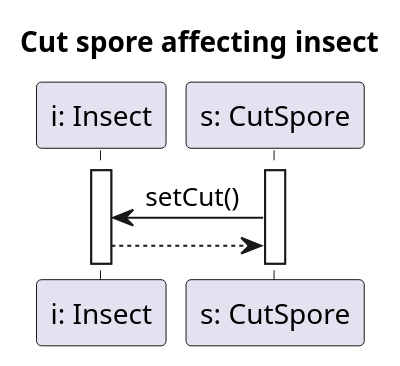
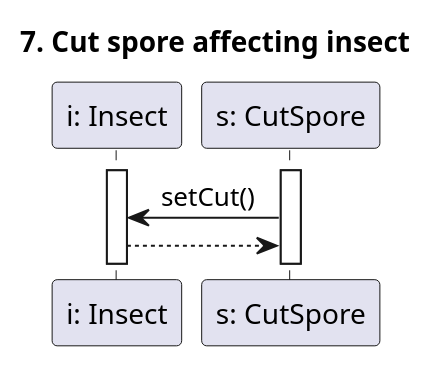
Before and after one commit to Harcipan/Projlab_nullpointerexception: the diagram in diagrams/diagramFiles/SQ_SporeAffectsInsectWithCut.puml, drawn with PlantUML. The commit also changed 19 other files, not shown here.

Commit message:
numbered sq diagrams

```diff
--- a/diagrams/diagramFiles/SQ_SporeAffectsInsectWithCut.puml
+++ b/diagrams/diagramFiles/SQ_SporeAffectsInsectWithCut.puml
@@ -1,14 +1,14 @@
 @startuml InsectSpeedUp
 
-title Cut spore affecting insect
+title 7. Cut spore affecting insect
 
 participant "i: Insect" as I
 participant "s: CutSpore" as Sp
 
 activate I
 activate Sp
 
 Sp -> I : setCut()
 I --> Sp
 
 @enduml
```
